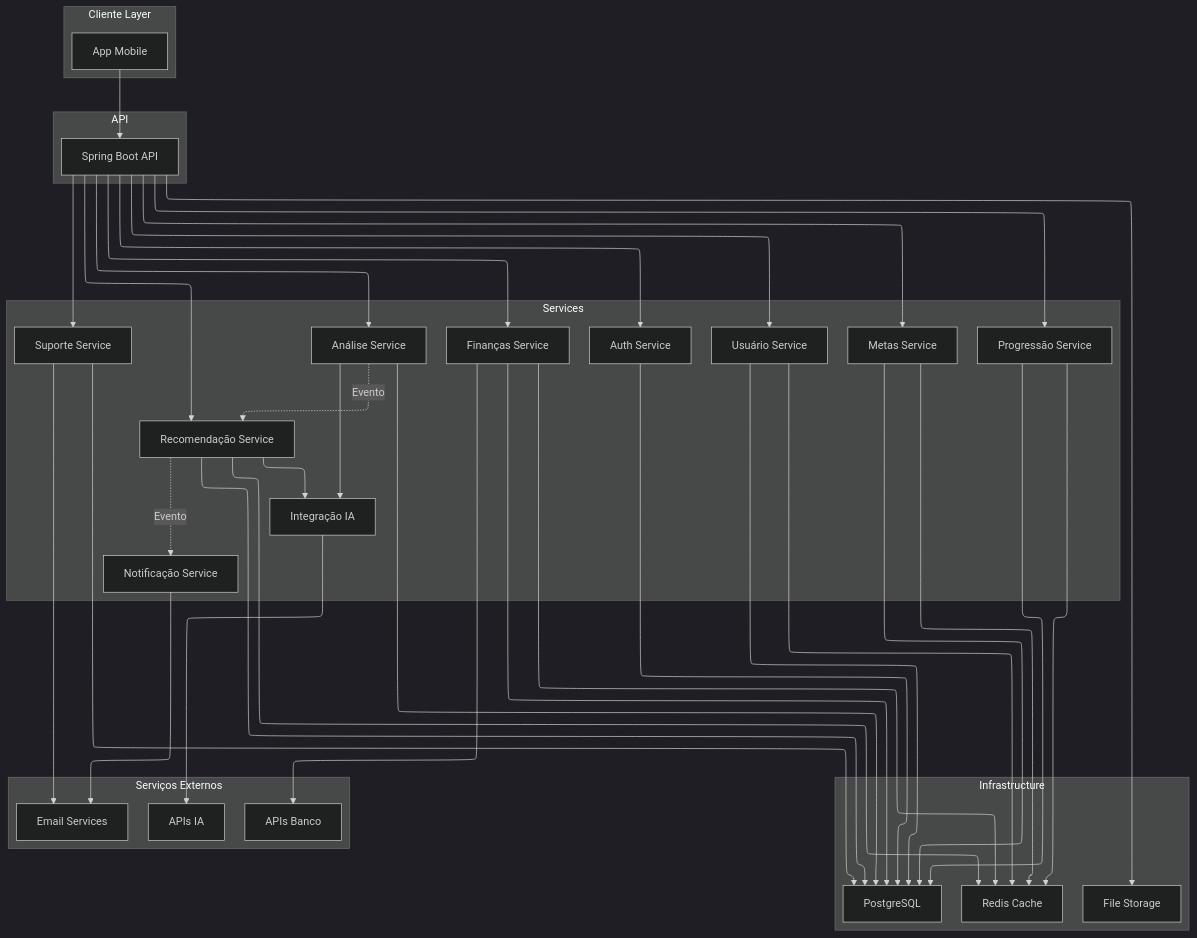
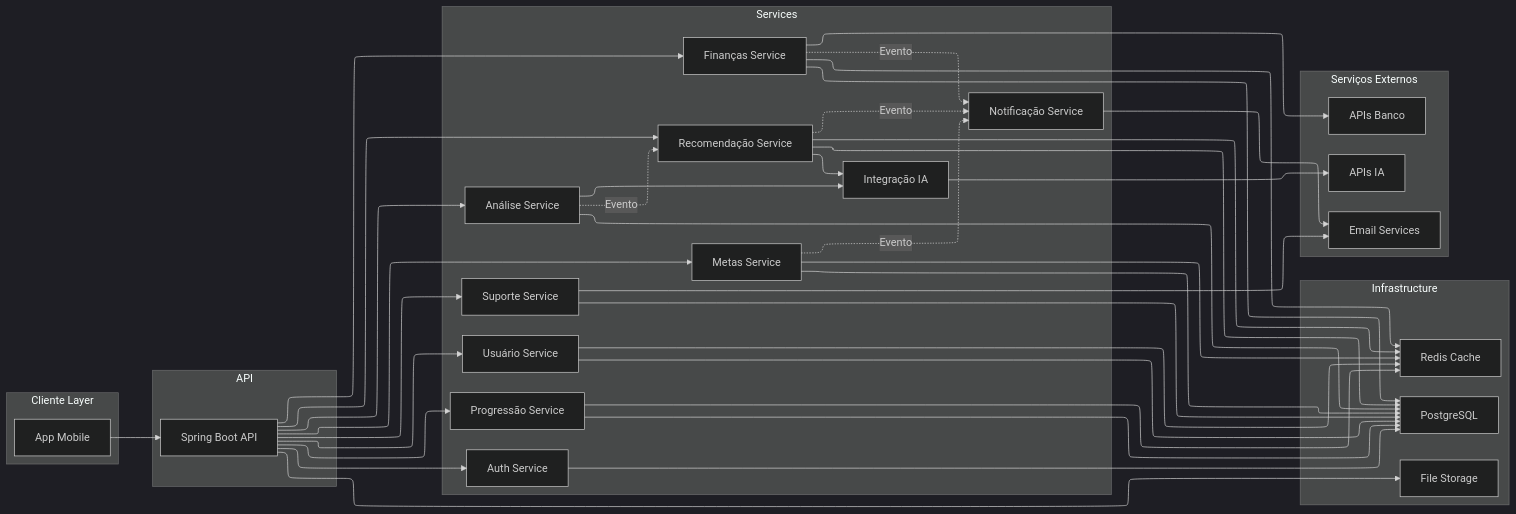
One commit to ZeniteTeam/tolev changed the diagram in Docs/architecture/high-level.md. Above: the diagram before and after it, drawn with Mermaid.

Commit message:
better high level

````diff
--- a/Docs/architecture/high-level.md
+++ b/Docs/architecture/high-level.md
@@ -1,7 +1,7 @@
 ```mermaid
 %%{init: {'theme':'dark', 'layout':'elk'}}%%
 
-flowchart TB
+graph LR
 
     %% CLIENTE
     subgraph CLIENTE["Cliente Layer"]
@@ -69,7 +69,7 @@
     METAS --> DATABASE
     PROGRESSAO --> DATABASE
     TICKET --> DATABASE
-
+    
     %% CACHE CONNECTIONS
     USUARIO --> REDIS
     METAS --> REDIS
@@ -85,6 +85,8 @@
     RECOMENDACAO --> AI
 
     ANALISE -. Evento .-> RECOMENDACAO
+    FINANCAS -. Evento .-> NOTIFICACAO
+    METAS -. Evento .-> NOTIFICACAO
     RECOMENDACAO -. Evento .-> NOTIFICACAO
 
     AI --> API_IA
````
